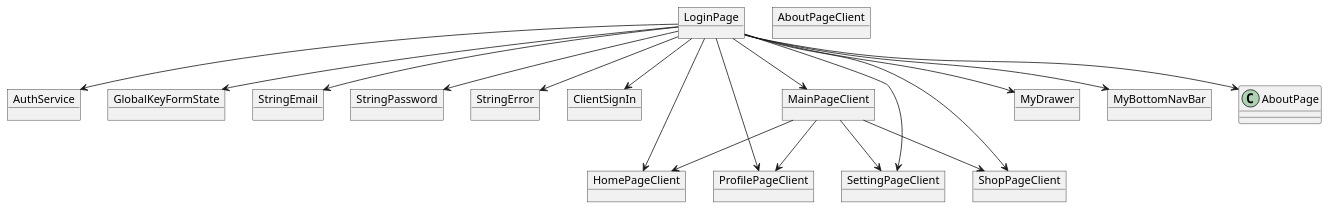
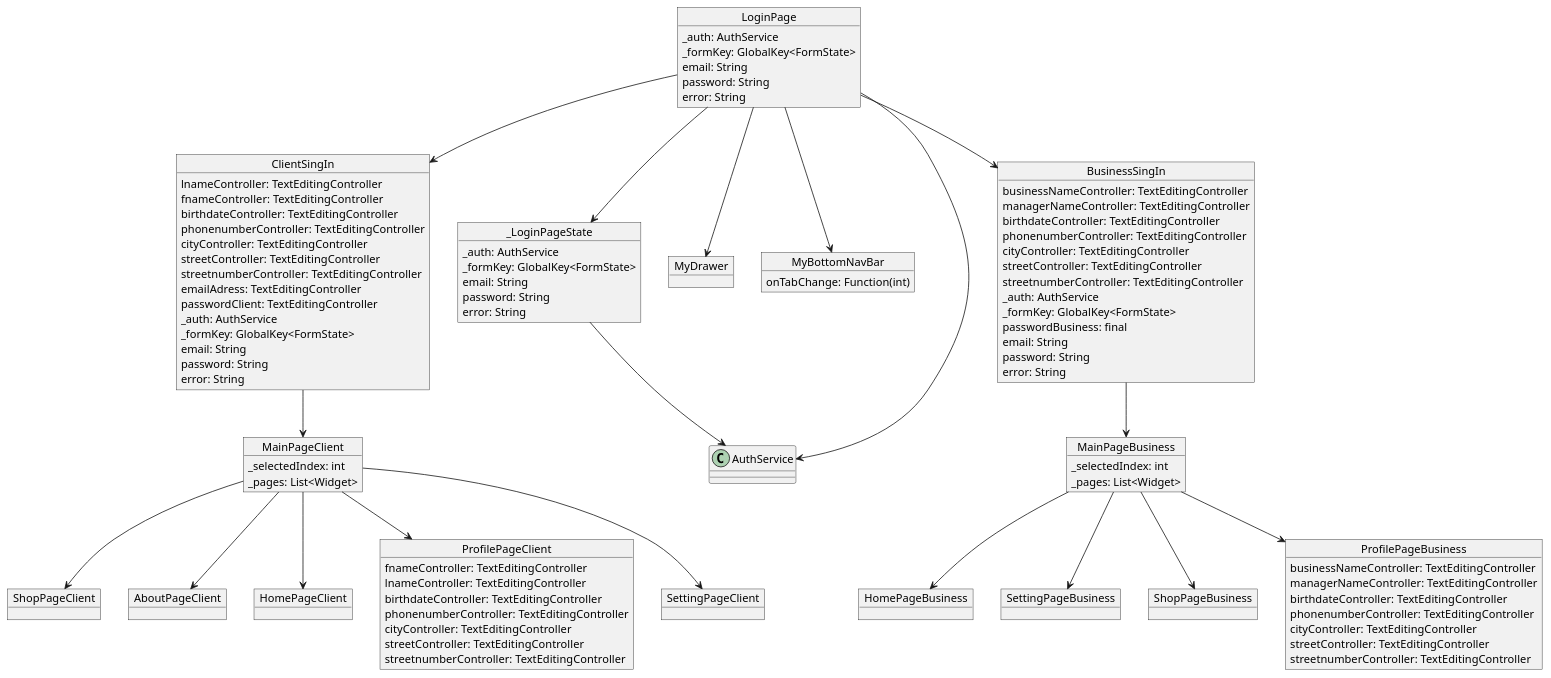
Before and after one commit to YehonatanFr/BarrelSnap: the diagram in UMLdiagram/BarrelSnap_ObjDiagram.puml, drawn with PlantUML. The commit also changed 4 other files, not shown here.

Commit message:
Add Some UML Changes

```diff
--- a/UMLdiagram/BarrelSnap_ObjDiagram.puml
+++ b/UMLdiagram/BarrelSnap_ObjDiagram.puml
@@ -1,51 +1,129 @@
 @startuml BarrelSnap_ObjectDiagram
 
-object LoginPage
-object AuthService
-object GlobalKeyFormState
-object StringEmail
-object StringPassword
-object StringError
+object LoginPage {
+  _auth: AuthService
+  _formKey: GlobalKey<FormState>
+  email: String
+  password: String
+  error: String
+}
 
+object _LoginPageState {
+  _auth: AuthService
+  _formKey: GlobalKey<FormState>
+  email: String
+  password: String
+  error: String
+}
 
-object AboutPageClient
+object AboutPageClient {
+}
 
-object ClientSignIn
+object ClientSingIn {
+  lnameController: TextEditingController
+  fnameController: TextEditingController
+  birthdateController: TextEditingController
+  phonenumberController: TextEditingController
+  cityController: TextEditingController
+  streetController: TextEditingController
+  streetnumberController: TextEditingController
+  emailAdress: TextEditingController
+  passwordClient: TextEditingController
+  _auth: AuthService
+  _formKey: GlobalKey<FormState>
+  email: String
+  password: String
+  error: String
+}
 
-object HomePageClient
+object HomePageClient {
+}
 
-object MainPageClient
+object MainPageClient {
+  _selectedIndex: int
+  _pages: List<Widget>
+}
 
-object MyDrawer
+object MyDrawer {
+}
 
-object MyBottomNavBar
+object MyBottomNavBar {
+  onTabChange: Function(int)
+}
 
-object ProfilePageClient
+object ProfilePageClient {
+  fnameController: TextEditingController
+  lnameController: TextEditingController
+  birthdateController: TextEditingController
+  phonenumberController: TextEditingController
+  cityController: TextEditingController
+  streetController: TextEditingController
+  streetnumberController: TextEditingController
+}
 
-object SettingPageClient
+object SettingPageClient {
+}
 
-object ShopPageClient
+object ShopPageClient {
+}
 
+object BusinessSingIn {
+  businessNameController: TextEditingController
+  managerNameController: TextEditingController
+  birthdateController: TextEditingController
+  phonenumberController: TextEditingController
+  cityController: TextEditingController
+  streetController: TextEditingController
+  streetnumberController: TextEditingController
+  _auth: AuthService
+  _formKey: GlobalKey<FormState>
+  passwordBusiness: final
+  email: String
+  password: String
+  error: String
+}
+
+object ProfilePageBusiness {
+  businessNameController: TextEditingController
+  managerNameController: TextEditingController
+  birthdateController: TextEditingController
+  phonenumberController: TextEditingController
+  cityController: TextEditingController
+  streetController: TextEditingController
+  streetnumberController: TextEditingController
+}
+
+object HomePageBusiness {
+}
+
+object SettingPageBusiness {
+}
+
+object ShopPageBusiness {
+}
+
+object MainPageBusiness {
+  _selectedIndex: int
+  _pages: List<Widget>
+}
+
+LoginPage --> _LoginPageState
 LoginPage --> AuthService
-LoginPage --> GlobalKeyFormState
-LoginPage --> StringEmail
-LoginPage --> StringPassword
-LoginPage --> StringError
-
-LoginPage --> AboutPage
-
-LoginPage --> ClientSignIn
-LoginPage --> HomePageClient
-LoginPage --> MainPageClient
+_LoginPageState --> AuthService
+LoginPage --> ClientSingIn
+LoginPage --> BusinessSingIn
 LoginPage --> MyDrawer
 LoginPage --> MyBottomNavBar
-LoginPage --> ProfilePageClient
-LoginPage --> SettingPageClient
-LoginPage --> ShopPageClient
-
+ClientSingIn --> MainPageClient
+BusinessSingIn --> MainPageBusiness
 MainPageClient --> HomePageClient
 MainPageClient --> ShopPageClient
 MainPageClient --> ProfilePageClient
 MainPageClient --> SettingPageClient
+MainPageClient --> AboutPageClient
+MainPageBusiness --> HomePageBusiness
+MainPageBusiness --> ShopPageBusiness
+MainPageBusiness --> ProfilePageBusiness
+MainPageBusiness --> SettingPageBusiness
 
 @enduml
```
